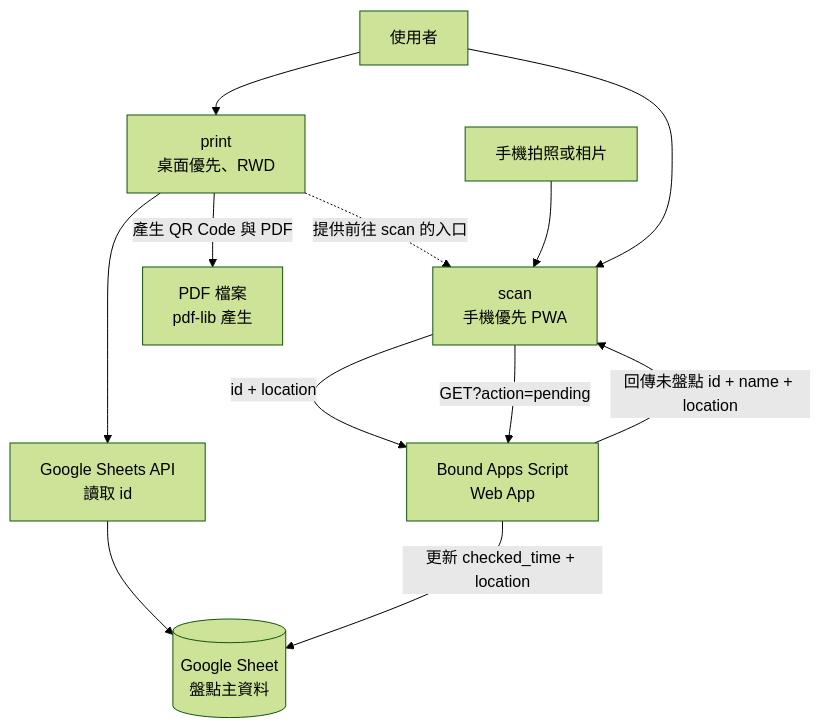
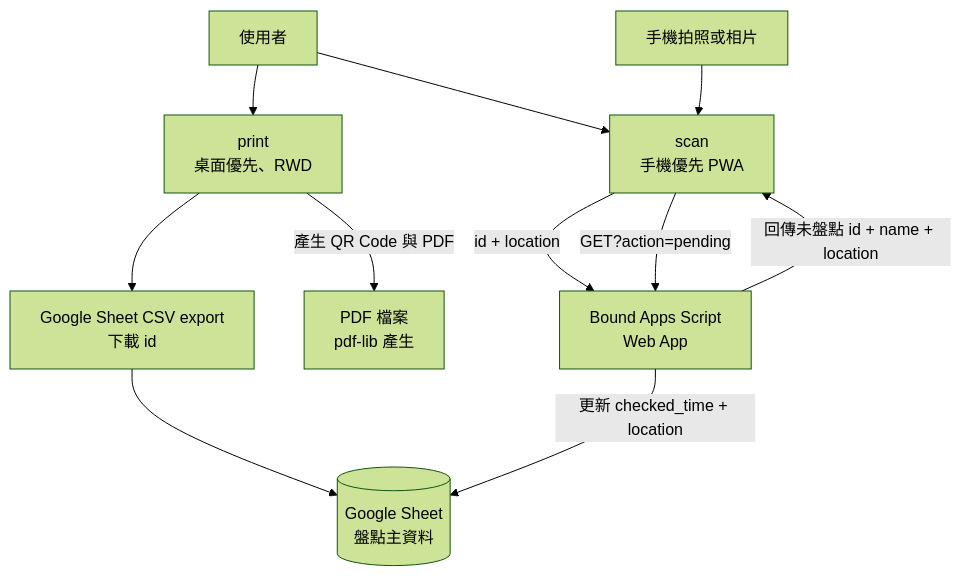
One commit to pulipulichen/Mobile-Inventory-Scanner changed the first of 5 diagrams in docs/architecture.md. Above: the diagram before and after it, drawn with Mermaid (forest theme). The commit also changed other lines of this file and 64 other files, not shown here.

First line of the commit message:
feat: streamline static scan and print workflows

````diff
--- a/docs/architecture.md
+++ b/docs/architecture.md
@@ -27,23 +27,22 @@
 ```mermaid
 flowchart TB
     operator["使用者"]
     sheet[("Google Sheet<br/>盤點主資料")]
     print["print<br/>桌面優先、RWD"]
     scan["scan<br/>手機優先 PWA"]
-    sheets_api["Google Sheets API<br/>讀取 id"]
+    csv_export["Google Sheet CSV export<br/>下載 id"]
     apps_script["Bound Apps Script<br/>Web App"]
     pdf["PDF 檔案<br/>pdf-lib 產生"]
     photo["手機拍照或相片"]
 
     operator --> print
     operator --> scan
-    print --> sheets_api
-    sheets_api --> sheet
+    print --> csv_export
+    csv_export --> sheet
     print -->|產生 QR Code 與 PDF| pdf
-    print -.->|提供前往 scan 的入口| scan
     photo --> scan
     scan -->|id + location| apps_script
     apps_script -->|更新 checked_time + location| sheet
     scan -->|GET?action=pending| apps_script
     apps_script -->|回傳未盤點 id + name + location| scan
 ```
````
